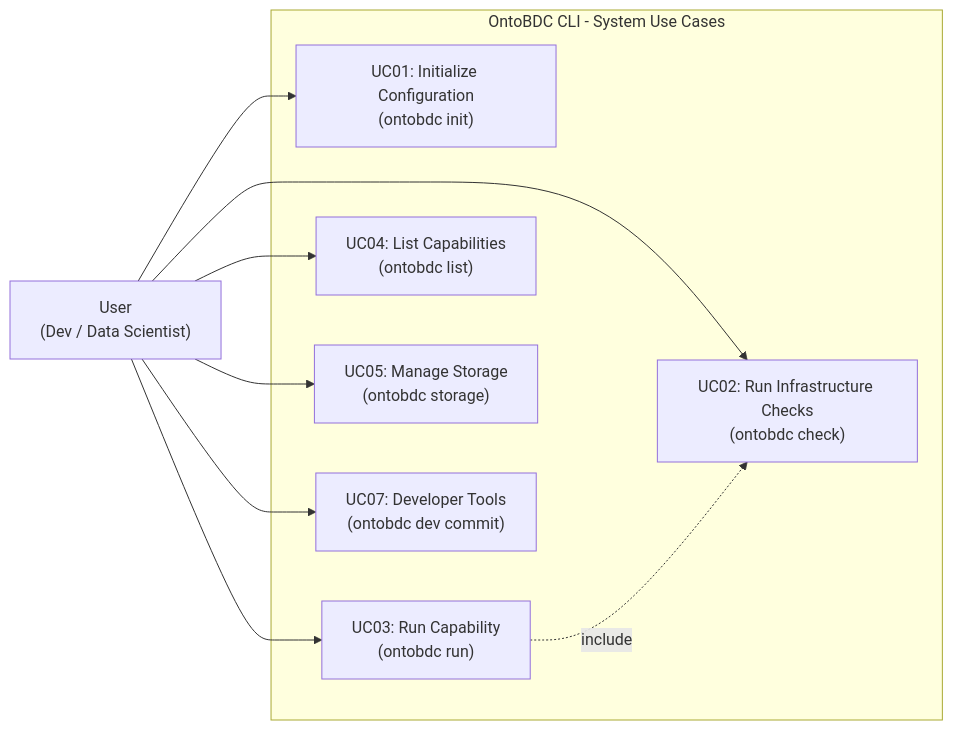
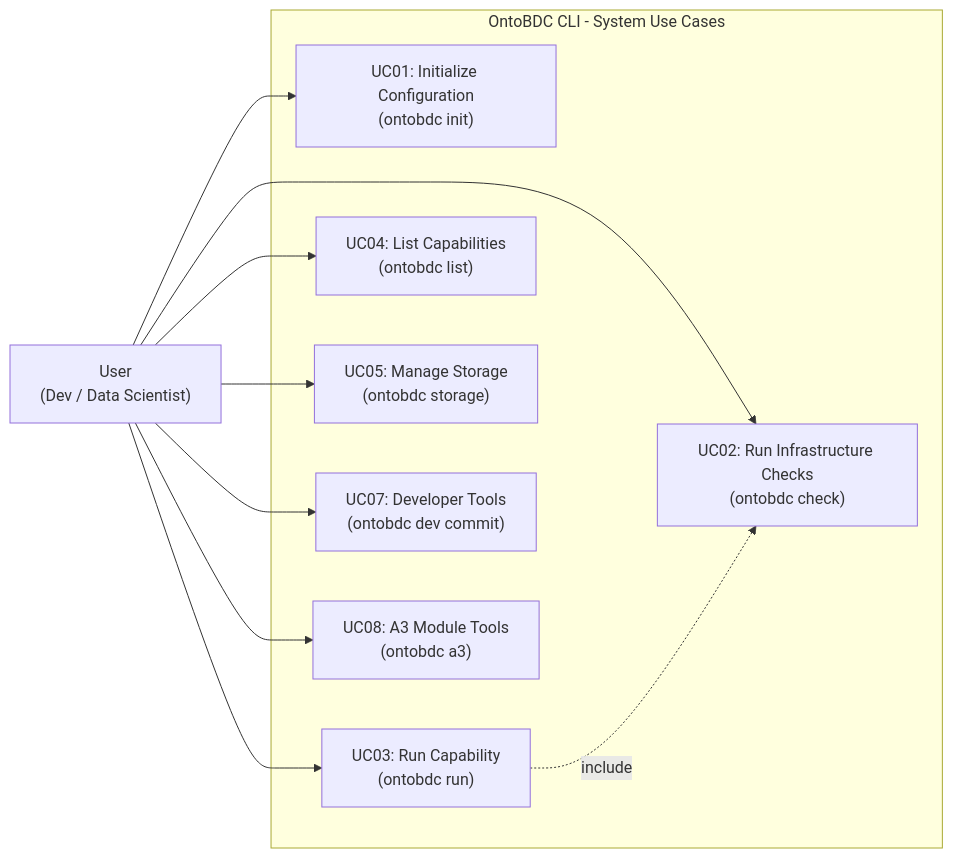
Before and after one commit to OntoBDC/ontobdc-docs: the diagram in documentation/use_case/README.md, drawn with Mermaid. The commit also changed other lines of this file and 2 other files, not shown here.

````diff
--- a/documentation/use_case/README.md
+++ b/documentation/use_case/README.md
@@ -23,22 +21,24 @@
 ```mermaid
 flowchart LR
   User["User<br/>(Dev / Data Scientist)"]
   
   subgraph CLI["OntoBDC CLI - System Use Cases"]
     UC01["UC01: Initialize Configuration<br/>(ontobdc init)"]
     UC02["UC02: Run Infrastructure Checks<br/>(ontobdc check)"]
     UC03["UC03: Run Capability<br/>(ontobdc run)"]
     UC04["UC04: List Capabilities<br/>(ontobdc list)"]
     UC05["UC05: Manage Storage<br/>(ontobdc storage)"]
     UC07["UC07: Developer Tools<br/>(ontobdc dev commit)"]
+    UC08["UC08: A3 Module Tools<br/>(ontobdc a3)"]
   end
   
   User --> UC01
   User --> UC02
   User --> UC03
   User --> UC04
   User --> UC05
   User --> UC07
+  User --> UC08
   
   UC03 -. "include" .-> UC02
 ```
````
